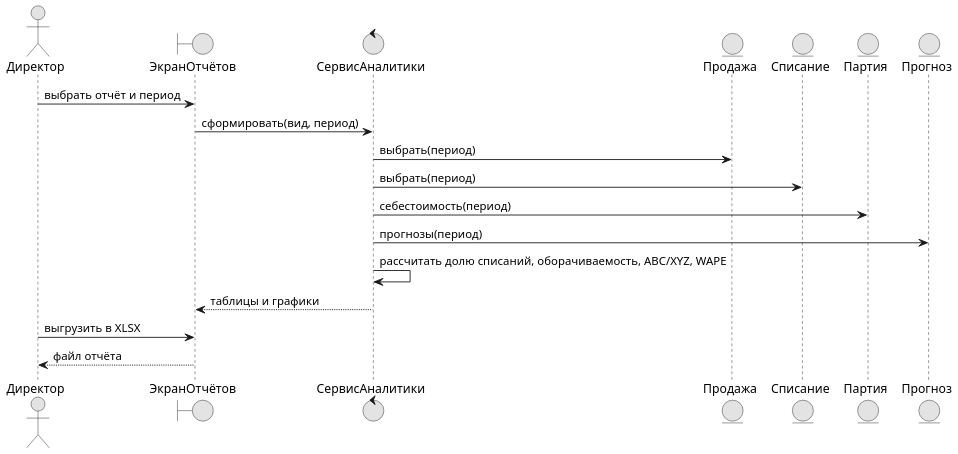
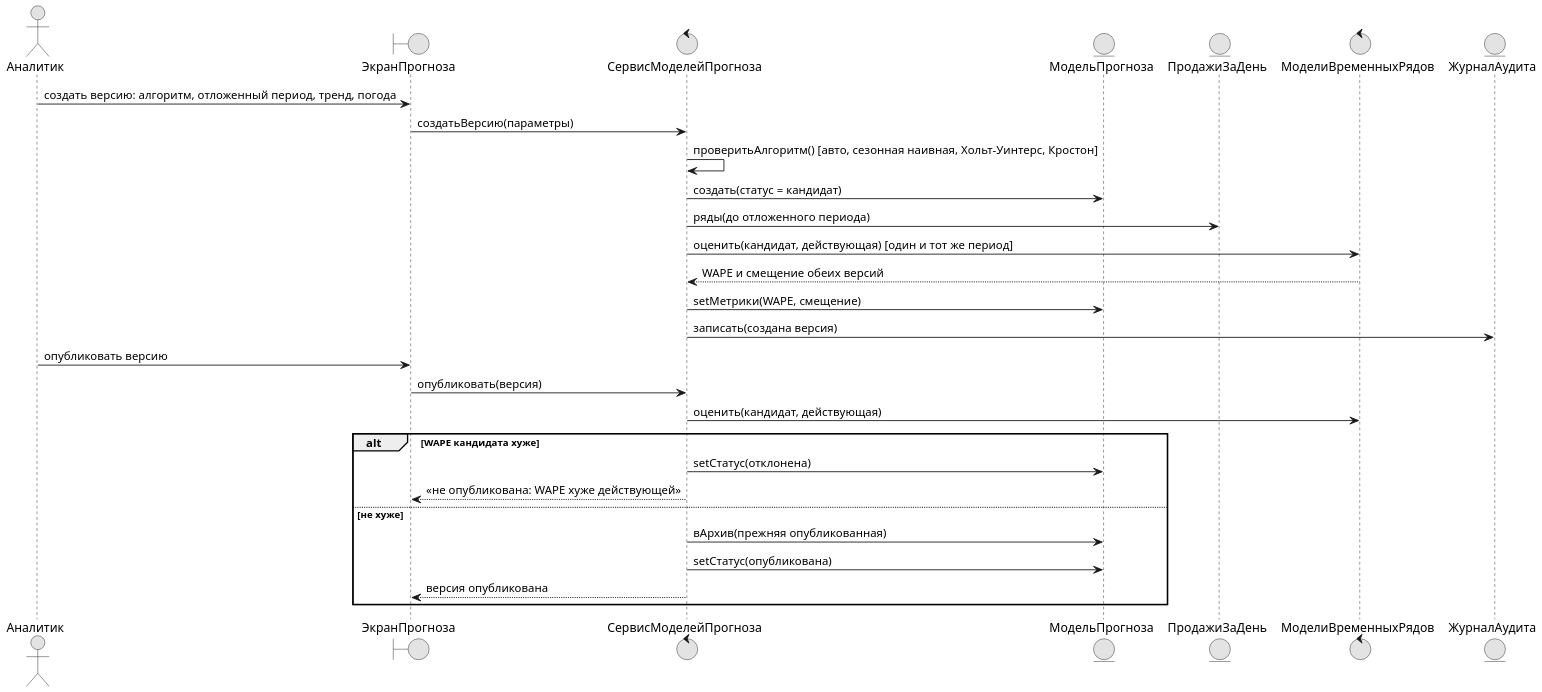
Before and after one commit to DarkSwordman999/flower-demand-planning: the diagram in diagrams/uml_seq_4.puml, drawn with PlantUML. The commit also changed 69 other files, not shown here.

Commit message:
ПР 7-8 пересобран: диаграммы взаимодействия по всем вариантам использования, классы, состояния, компоненты и развёртывание

```diff
--- a/diagrams/uml_seq_4.puml
+++ b/diagrams/uml_seq_4.puml
@@ -1,24 +1,34 @@
 @startuml
 !pragma layout smetana
 skinparam dpi 150
 skinparam defaultFontName Arial
 skinparam shadowing false
 skinparam monochrome true
-actor "Директор" as DIR
-boundary "ЭкранОтчётов" as UI
-control "СервисАналитики" as S
-entity "Продажа" as PR
-entity "Списание" as W
-entity "Партия" as P
-entity "Прогноз" as F
-DIR -> UI : выбрать отчёт и период
-UI -> S : сформировать(вид, период)
-S -> PR : выбрать(период)
-S -> W : выбрать(период)
-S -> P : себестоимость(период)
-S -> F : прогнозы(период)
-S -> S : рассчитать долю списаний, оборачиваемость, ABC/XYZ, WAPE
-S --> UI : таблицы и графики
-DIR -> UI : выгрузить в XLSX
-UI --> DIR : файл отчёта
+actor "Аналитик" as AN
+boundary "ЭкранПрогноза" as UI
+control "СервисМоделейПрогноза" as S
+entity "МодельПрогноза" as M
+entity "ПродажиЗаДень" as DS
+control "МоделиВременныхРядов" as TS
+entity "ЖурналАудита" as AU
+AN -> UI : создать версию: алгоритм, отложенный период, тренд, погода
+UI -> S : создатьВерсию(параметры)
+S -> S : проверитьАлгоритм() [авто, сезонная наивная, Хольт–Уинтерс, Кростон]
+S -> M : создать(статус = кандидат)
+S -> DS : ряды(до отложенного периода)
+S -> TS : оценить(кандидат, действующая) [один и тот же период]
+TS --> S : WAPE и смещение обеих версий
+S -> M : setМетрики(WAPE, смещение)
+S -> AU : записать(создана версия)
+AN -> UI : опубликовать версию
+UI -> S : опубликовать(версия)
+S -> TS : оценить(кандидат, действующая)
+alt WAPE кандидата хуже
+  S -> M : setСтатус(отклонена)
+  S --> UI : «не опубликована: WAPE хуже действующей»
+else не хуже
+  S -> M : вАрхив(прежняя опубликованная)
+  S -> M : setСтатус(опубликована)
+  S --> UI : версия опубликована
+end
 @enduml
```
